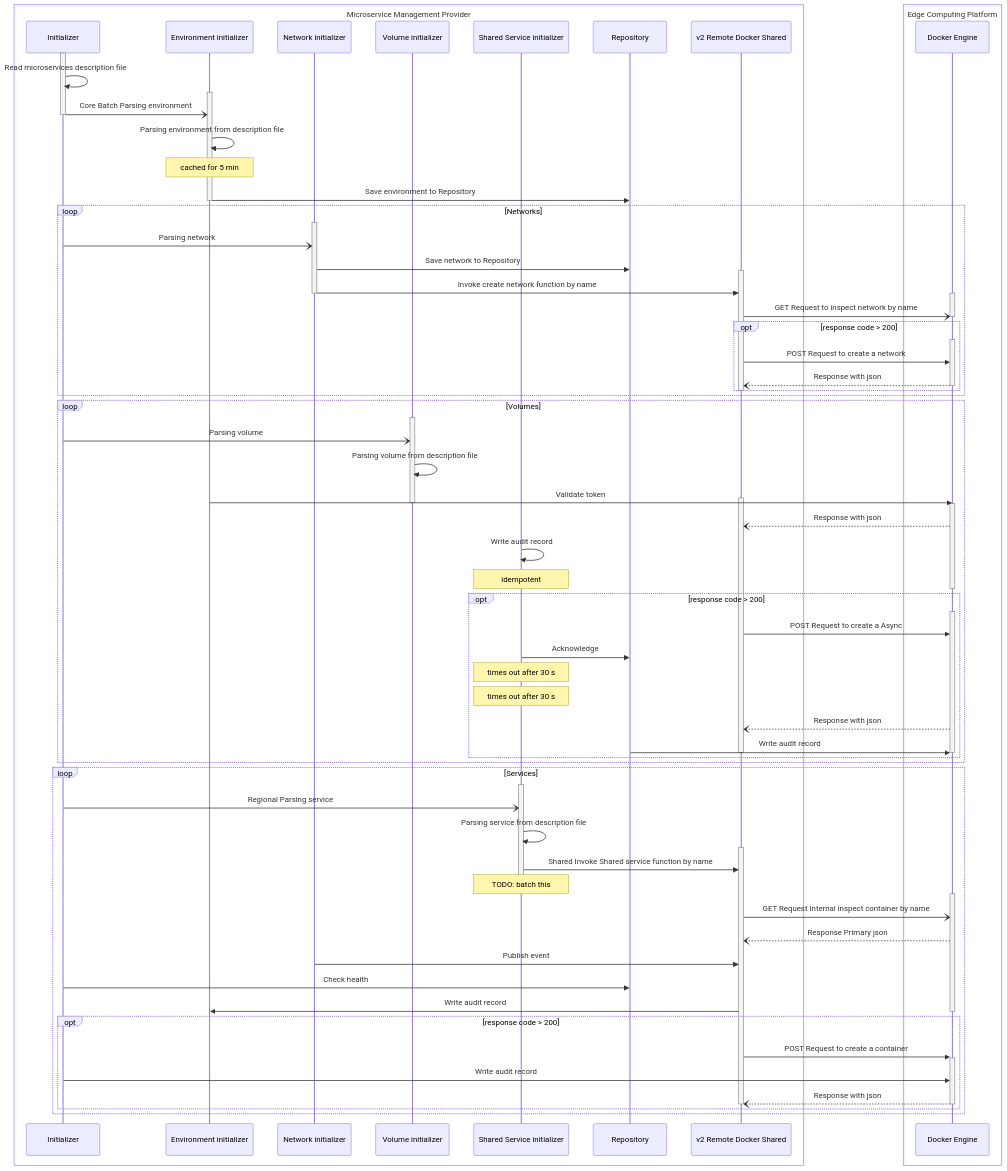
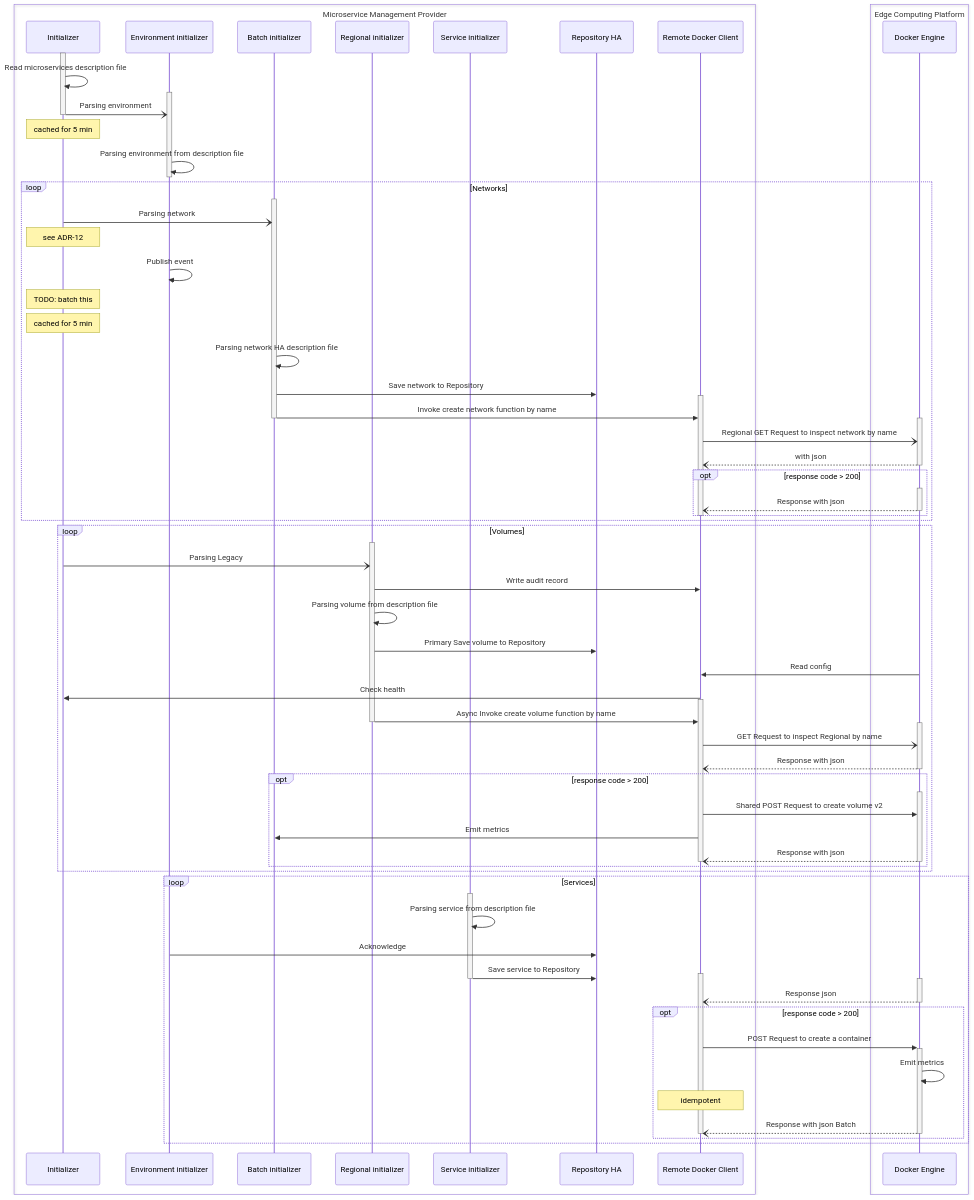
The diagram in apps/studio-site/diff-samples/seq-many.after.mmd (udamir/mmdx), drawn with Mermaid before and after one commit. The commit also changed 14 other files, not shown here.

```diff
--- a/apps/studio-site/diff-samples/seq-many.after.mmd
+++ b/apps/studio-site/diff-samples/seq-many.after.mmd
@@ -1,125 +1,126 @@
 sequenceDiagram
   box Microservice Management Provider
     participant init as Initializer
     participant env as Environment initializer
-    participant net as Network initializer
-    participant vol as Volume initializer
-    participant svc as Shared Service initializer
-    participant repo as Repository
-    participant rdc as v2 Remote Docker Shared
+    participant net as Batch initializer
+    participant vol as Regional initializer
+    participant svc as Service initializer
+    participant repo as Repository HA
+    participant rdc as Remote Docker Client
   end
   box Edge Computing Platform
     participant docker as Docker Engine
   end
 
   activate init
   init->>init: Read microservices description file
   activate env
-  init-)-env: Core Batch Parsing environment
+  init-)-env: Parsing environment
+  Note over init: cached for 5 min
   env->>env: Parsing environment from description file
-  Note over env: cached for 5 min
-  env->>repo: Save environment to Repository
   deactivate env
 
   loop Networks
     activate net
     init-)net: Parsing network
+  Note over init: see ADR-12
+    env->>env: Publish event
+  Note over init: TODO: batch this
+  Note over init: cached for 5 min
+    net->>net: Parsing network HA description file
     net->>repo: Save network to Repository
     activate rdc
     net->>rdc: Invoke create network function by name
     activate docker
     deactivate net
-    rdc-)docker: GET Request to inspect network by name
+    rdc-)docker: Regional GET Request to inspect network by name
+    docker--)rdc: with json
     deactivate docker
     opt response code > 200
       activate docker
-      rdc->>docker: POST Request to create a network
       docker--)rdc: Response with json
       deactivate docker
     end
     deactivate rdc
   end
 
   loop Volumes
     activate vol
-    init-)vol: Parsing volume
+    init-)vol: Parsing Legacy
+    vol->>rdc: Write audit record
     vol->>vol: Parsing volume from description file
-    env->>docker: Validate token
+    vol->>repo: Primary Save volume to Repository
+    docker->>rdc: Read config
+    rdc->>init: Check health
     activate rdc
+    vol->>rdc: Async Invoke create volume function by name
     deactivate vol
     activate docker
+    rdc-)docker: GET Request to inspect Regional by name
     docker--)rdc: Response with json
-    svc->>svc: Write audit record
-  Note over svc: idempotent
     deactivate docker
     opt response code > 200
       activate docker
-      rdc->>docker: POST Request to create a Async
-      svc->>repo: Acknowledge
-  Note over svc: times out after 30 s
-  Note over svc: times out after 30 s
+      rdc->>docker: Shared POST Request to create volume v2
+      rdc->>net: Emit metrics
       docker--)rdc: Response with json
-      repo->>docker: Write audit record
       deactivate docker
       deactivate rdc
     end
   end
 
   loop Services
     activate svc
-    init-)svc: Regional Parsing service
     svc->>svc: Parsing service from description file
+    env->>repo: Acknowledge
+    svc->>repo: Save service to Repository
     activate rdc
-    svc->>rdc: Shared Invoke Shared service function by name
-  Note over svc: TODO: batch this
     activate docker
     deactivate svc
-    rdc-)docker: GET Request Internal inspect container by name
-    docker--)rdc: Response Primary json
-    net->>rdc: Publish event
-    init->>repo: Check health
-    rdc->>env: Write audit record
+    docker--)rdc: Response json
     deactivate docker
     opt response code > 200
       rdc->>+docker: POST Request to create a container
-      init->>docker: Write audit record
-      docker--)rdc: Response with json
+      docker->>docker: Emit metrics
+  Note over rdc: idempotent
+      docker--)rdc: Response with json Batch
       deactivate docker
       deactivate rdc
     end
   end
 
 %% ---- diagram-studio layout (safe to keep: Mermaid ignores %% comments) ----
 %%@ canvas {"v":1,"blockSpan":"touched"}
 %%@ participant init {"h":90,"w":250,"wrap":true}
-%%@ participant env {"h":90,"x":401,"w":250,"wrap":true}
-%%@ participant net {"w":250,"h":90,"x":740,"wrap":true}
-%%@ participant vol {"w":250,"h":90,"x":1006,"wrap":true,"fill":"@lime"}
-%%@ participant svc {"w":250,"h":90,"x":1290,"wrap":true}
+%%@ participant env {"h":90,"x":436,"w":250,"wrap":true}
+%%@ participant net {"w":250,"h":90,"x":721,"wrap":true,"fill":"@lilac"}
+%%@ participant vol {"w":250,"h":90,"x":1000,"wrap":true}
+%%@ participant svc {"w":250,"h":90,"x":1244,"wrap":true,"fill":"@mint"}
 %%@ participant repo {"w":250,"h":90,"x":1575,"wrap":true}
-%%@ participant rdc {"w":250,"h":90,"wrap":true,"x":1860,"fill":"@peach"}
-%%@ participant docker {"w":250,"h":90,"wrap":true,"x":2320,"fill":"@lilac"}
+%%@ participant rdc {"w":250,"h":90,"wrap":true,"x":1860,"fill":"@sand"}
+%%@ participant docker {"w":250,"h":90,"wrap":true,"x":2257}
 %%@ message m1 {"labelSize":22}
 %%@ message m2 {"labelSize":22}
 %%@ message m3 {"labelSize":22}
 %%@ message m4 {"labelSize":22}
-%%@ message m5 {"labelSize":22}
 %%@ message m6 {"labelSize":22}
-%%@ message m7 {"labelSize":22,"dy":-13}
-%%@ message m8 {"labelSize":22}
+%%@ message m7 {"labelSize":22}
+%%@ message m8 {"labelSize":22,"dy":-13}
 %%@ message m9 {"labelSize":22}
-%%@ message m10 {"labelSize":22,"dy":-10}
-%%@ message m11 {"labelSize":22,"dy":-8}
-%%@ message m12 {"labelSize":22}
-%%@ message m14 {"labelSize":22,"dy":-9}
-%%@ message m16 {"labelSize":22}
-%%@ message m18 {"labelSize":22}
-%%@ message m20 {"labelSize":22}
+%%@ message m11 {"labelSize":22,"dy":-10}
+%%@ message m12 {"labelSize":22,"dy":-8}
+%%@ message m14 {"labelSize":22}
+%%@ message m15 {"labelSize":22,"dy":-9}
+%%@ message m18 {"labelSize":22,"dy":-15}
+%%@ message m19 {"labelSize":22,"dy":-40}
+%%@ message m20 {"labelSize":22,"dy":-9}
+%%@ message m23 {"labelSize":22}
+%%@ message m24 {"labelSize":22}
+%%@ message m26 {"labelSize":22}
+%%@ message m27 {"labelSize":22}
+%%@ message m28 {"labelSize":22}
+%%@ message m30 {"labelSize":22,"dy":-6}
 %%@ message m21 {"labelSize":22}
-%%@ message m22 {"labelSize":22,"dy":-3}
-%%@ message m23 {"labelSize":22}
-%%@ message m28 {"labelSize":22}
-%%@ message m30 {"labelSize":22}
 %%@ block b5 {"labelSize":32}
 %%@ block b3 {"labelSize":32,"dy":15}
 %%@ block b1 {"labelSize":32,"dy":-28}
```
